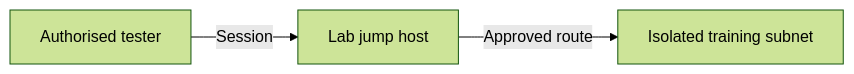
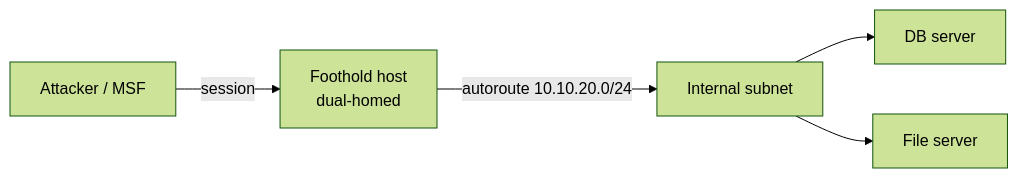
Before and after one commit to NiaziSec/The-Complete-Metasploit-Guide: the fifth of 5 diagrams in README.md, drawn with Mermaid (forest theme). The commit also changed other lines of this file, not shown here.

````diff
--- a/README.md
+++ b/README.md
@@ -603,5 +439,7 @@
 ```mermaid
 flowchart LR
-    A[Authorised tester] -->|Session| B[Lab jump host]
-    B -->|Approved route| C[Isolated training subnet]
+    A[Attacker / MSF] -->|session| B[Foothold host<br/>dual-homed]
+    B -->|autoroute 10.10.20.0/24| C[Internal subnet]
+    C --> D[DB server]
+    C --> E[File server]
 ```
````
